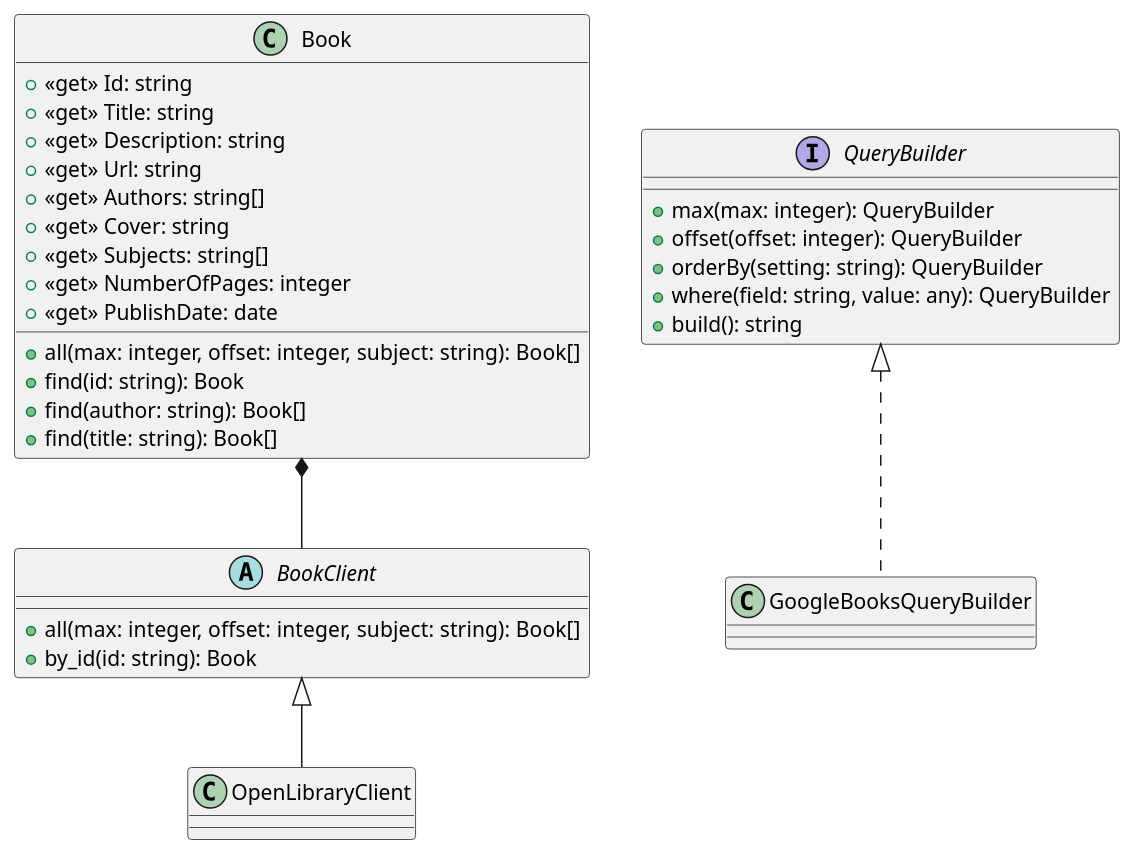
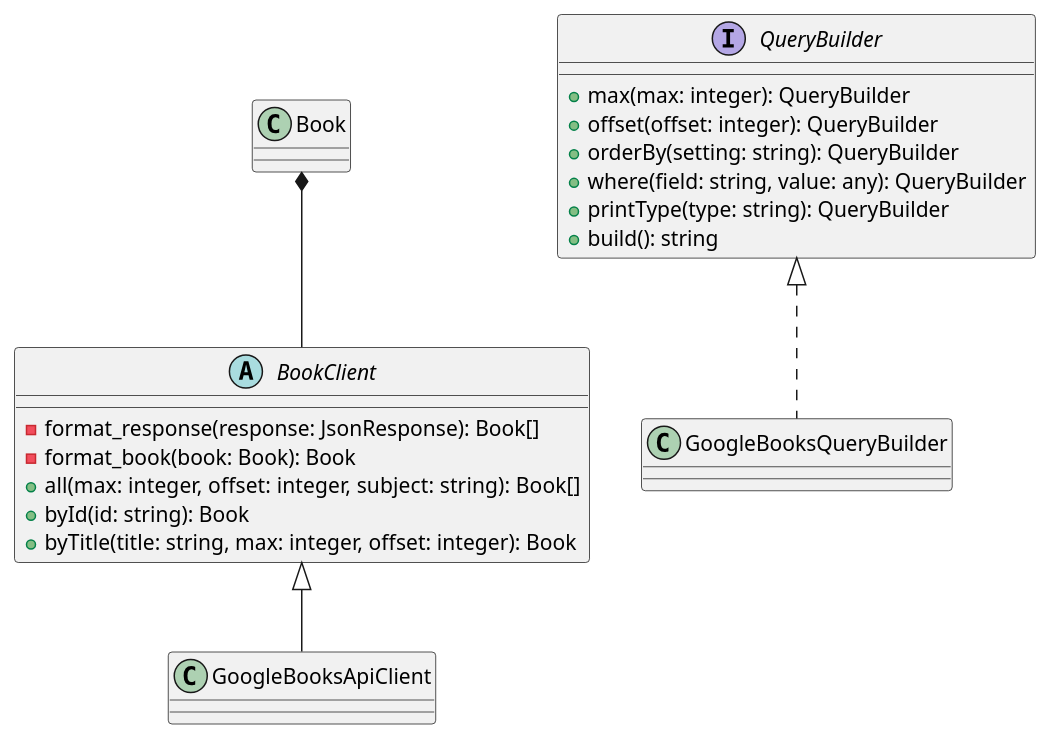
The diagram in doc/diagrams/books.puml (Thynkon/MAW2.1-KeepIt-Back), drawn with PlantUML before and after one commit.

Commit message:
Update Books UML diagram

```diff
--- a/doc/diagrams/books.puml
+++ b/doc/diagrams/books.puml
@@ -1,42 +1,29 @@
-@startuml
-class Book {
-  + <<get>> Id: string
-  + <<get>> Title: string
-  + <<get>> Description: string
-  + <<get>> Url: string
-  + <<get>> Authors: string[]
-  + <<get>> Cover: string
-  + <<get>> Subjects: string[]
-  + <<get>> NumberOfPages: integer
-  + <<get>> PublishDate: date
-
-  + all(max: integer, offset: integer, subject: string): Book[]
-  + find(id: string): Book
-  + find(author: string): Book[]
-  + find(title: string): Book[]
+@startuml BooksDiagram
+abstract class BookClient {
+    - format_response(response: JsonResponse): Book[]
+    - format_book(book: Book): Book
+    + all(max: integer, offset: integer, subject: string): Book[]
+    + byId(id: string): Book
+    + byTitle(title: string, max: integer, offset: integer): Book
 }
 
-abstract class BookClient {
-    + all(max: integer, offset: integer, subject: string): Book[]
-    + by_id(id: string): Book
-}
-
-class OpenLibraryClient {
+class GoogleBooksApiClient {
 
 }
 
 interface QueryBuilder {
   + max(max: integer): QueryBuilder
   + offset(offset: integer): QueryBuilder
   + orderBy(setting: string): QueryBuilder
   + where(field: string, value: any): QueryBuilder
+  + printType(type: string): QueryBuilder
   + build(): string
 }
 
 class GoogleBooksQueryBuilder {}
 
-BookClient <|-- OpenLibraryClient
+BookClient <|-- GoogleBooksApiClient
 QueryBuilder <|.. GoogleBooksQueryBuilder
 
 Book *-- BookClient
 @enduml
```
